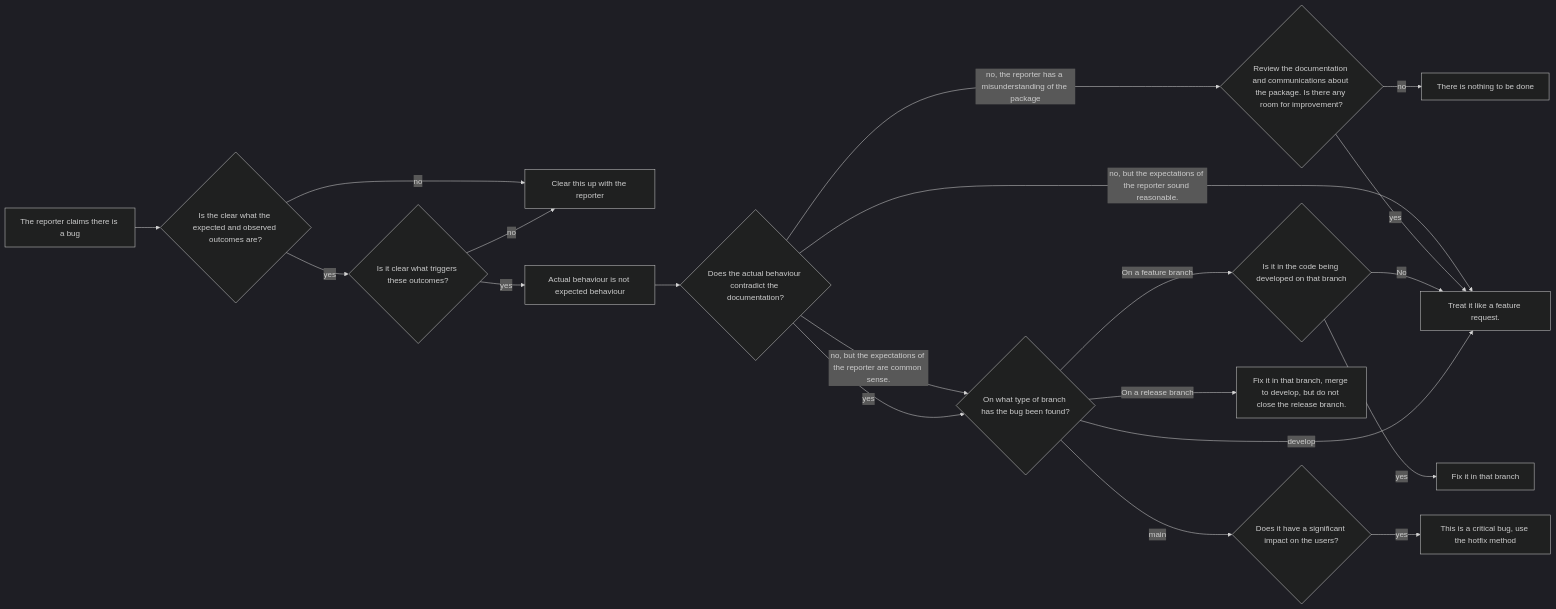
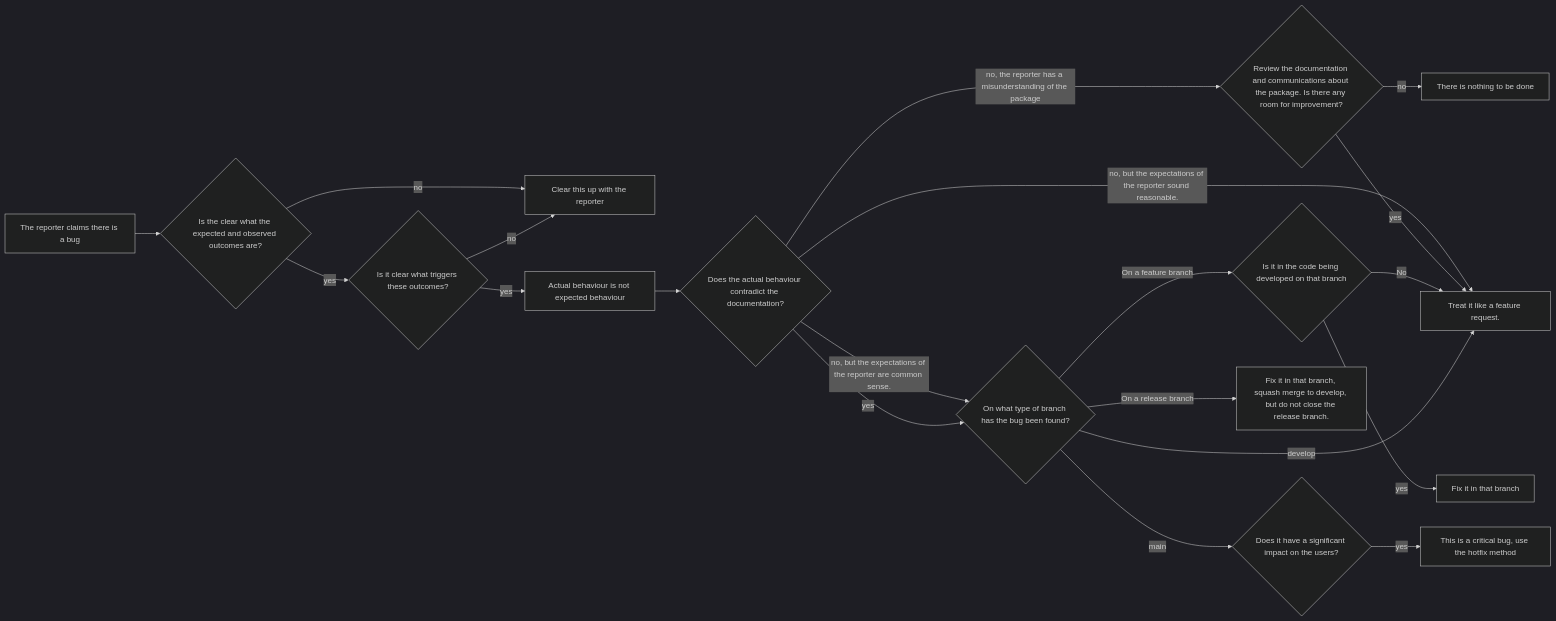
The diagram in docs/source/developer/developing.md (duonl/synthpop-py), drawn with Mermaid (dark theme) before and after one commit. The commit also changed other lines of this file and 1 other file, not shown here.

````diff
--- a/docs/source/developer/developing.md
+++ b/docs/source/developer/developing.md
@@ -84,27 +84,27 @@
 ```{mermaid}
 ---
 zoom:
 caption: flowchart of when and how to fix bugs.
 ---
 flowchart LR
     A0[The reporter claims there is a bug] -->A1{Is the clear what the expected and observed outcomes are?}
     A1 -->|no| A2[Clear this up with the reporter]
     A1 -->|yes| A3{Is it clear what triggers these outcomes?}
     A3 -->|no| A2
     A3 --> |yes| A
     A[Actual behaviour is not expected behaviour] --> B{Does the actual behaviour contradict the documentation?}
     
     B --> |no, but the expectations of the reporter are common sense.| C
     B --> |no, but the expectations of the reporter sound reasonable.| D[Treat it like a feature request.]
     B --> |no, the reporter has a misunderstanding of the package| D1{Review the documentation and communications about the package. Is there any room for improvement?}
     D1 --> |yes| D
     D1 --> |no| Z[There is nothing to be done]
     B --> |yes| C{On what type of branch has the bug been found? }
     C --> |main| E{Does it have a significant impact on the users?}
     E --> |yes| F[This is a critical bug, use the hotfix method]
     C -->|On a feature branch| G{Is it in the code being developed on that branch}
     G -->|yes| H[Fix it in that branch]
     G -->|No| D
-    C --> |On a release branch| I[Fix it in that branch, merge to develop, but do not close the release branch.]
+    C --> |On a release branch| I[Fix it in that branch, squash merge to develop, but do not close the release branch.]
     C -->|develop| D
 ```
````
